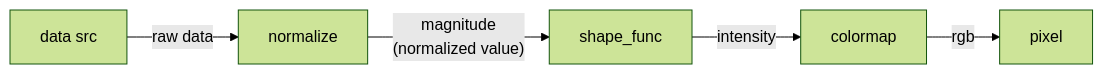
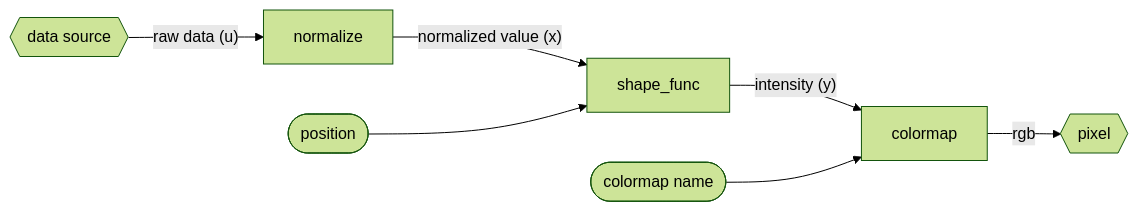
The second of 2 diagrams in README.md (botamochi6277/Arduino-BLE-Neopixel-Controller), drawn with Mermaid (forest theme) before and after one commit. The commit also changed other lines of this file, not shown here.

````diff
--- a/README.md
+++ b/README.md
@@ -28,6 +32,9 @@
 ```mermaid
 graph LR
 
-data_src[data src]
-data_src-->|raw data|normalize-->|"magnitude\n(normalized value)"|shape_func-->|intensity|colormap-->|rgb|pixel
+data_src{{data source}}
+data_src-->|"raw data (u)"|normalize-->|"normalized value (x)"|shape_func-->|"intensity (y)"|colormap-->|rgb|pixel{{pixel}}
+
+position([position])-->shape_func
+colormap_name([colormap name])-->colormap
 ```
````
